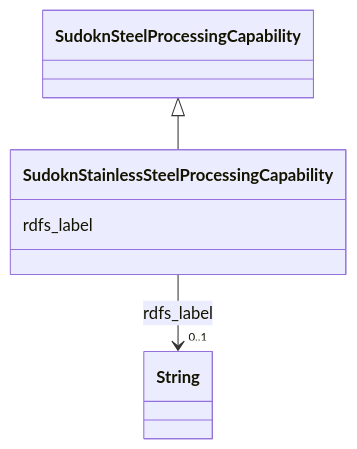
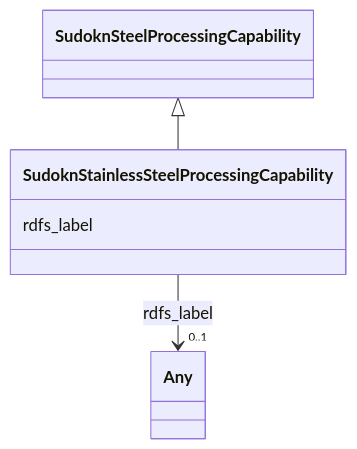
The diagram in sudokn-kg/classes/SudoknStainlessSteelProcessingCapability.md (frink-okn/graph-descriptions), drawn with Mermaid before and after one commit. The commit also changed other lines of this file and 903 other files, not shown here.

````diff
--- a/sudokn-kg/classes/SudoknStainlessSteelProcessingCapability.md
+++ b/sudokn-kg/classes/SudoknStainlessSteelProcessingCapability.md
@@ -23,18 +18,18 @@
 ```mermaid
  classDiagram
     class SudoknStainlessSteelProcessingCapability
     click SudoknStainlessSteelProcessingCapability href "../SudoknStainlessSteelProcessingCapability"
       SudoknSteelProcessingCapability <|-- SudoknStainlessSteelProcessingCapability
         click SudoknSteelProcessingCapability href "../SudoknSteelProcessingCapability"
       
       SudoknStainlessSteelProcessingCapability : rdfs_label
         
           
     
     
-    SudoknStainlessSteelProcessingCapability --> "0..1" String : rdfs_label
-    click String href "../String"
+    SudoknStainlessSteelProcessingCapability --> "0..1" Any : rdfs_label
+    click Any href "../Any"
 
         
       
 ```
````
